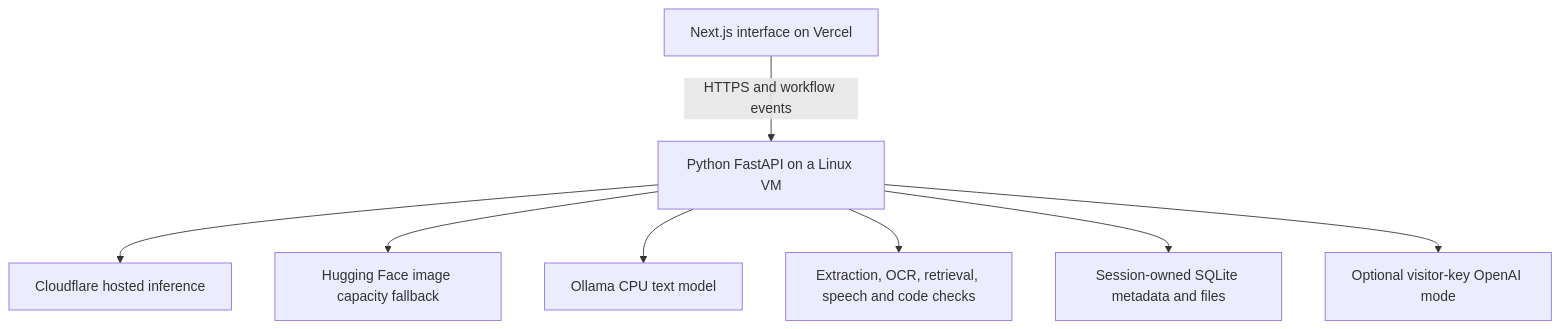
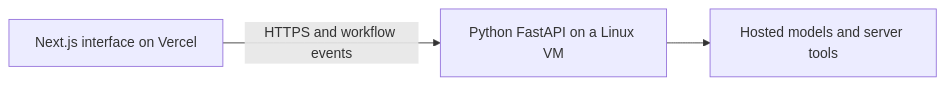
Before and after one commit to Archit-k20/Agentic-Workflows-GenAI-: the diagram in README.md, drawn with Mermaid. The commit also changed other lines of this file, not shown here.

Commit message:
Keep the README architecture diagram compact on GitHub

````diff
--- a/README.md
+++ b/README.md
@@ -114,10 +114,5 @@
 ```mermaid
-flowchart TD
+flowchart LR
     UI[Next.js interface on Vercel] -->|HTTPS and workflow events| API[Python FastAPI on a Linux VM]
-    API --> CF[Cloudflare hosted inference]
-    API --> HF[Hugging Face image capacity fallback]
-    API --> CPU[Ollama CPU text model]
-    API --> TOOLS[Extraction, OCR, retrieval, speech and code checks]
-    API --> DATA[Session-owned SQLite metadata and files]
-    API --> OAI[Optional visitor-key OpenAI mode]
+    API --> ENGINES[Hosted models and server tools]
 ```
````
